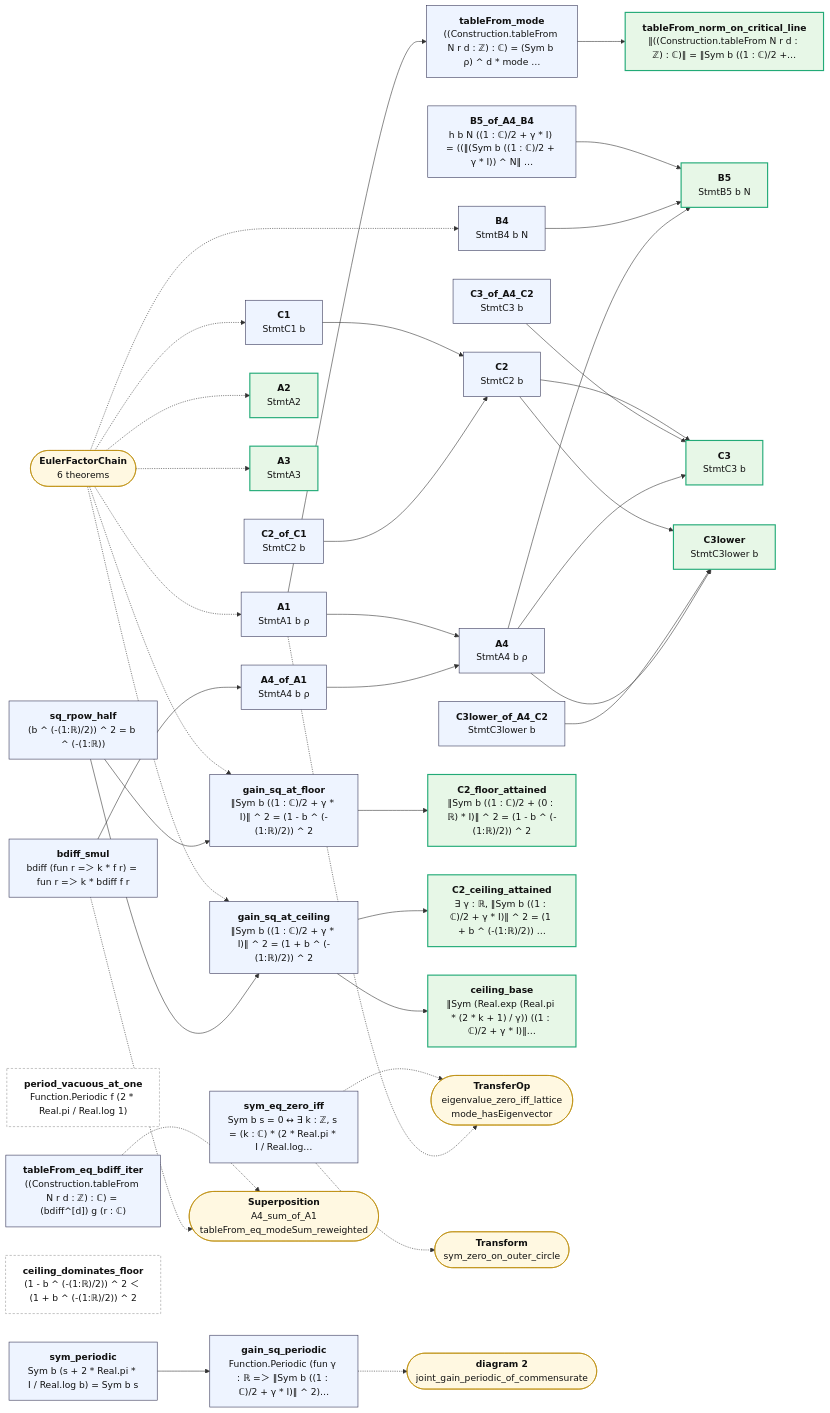
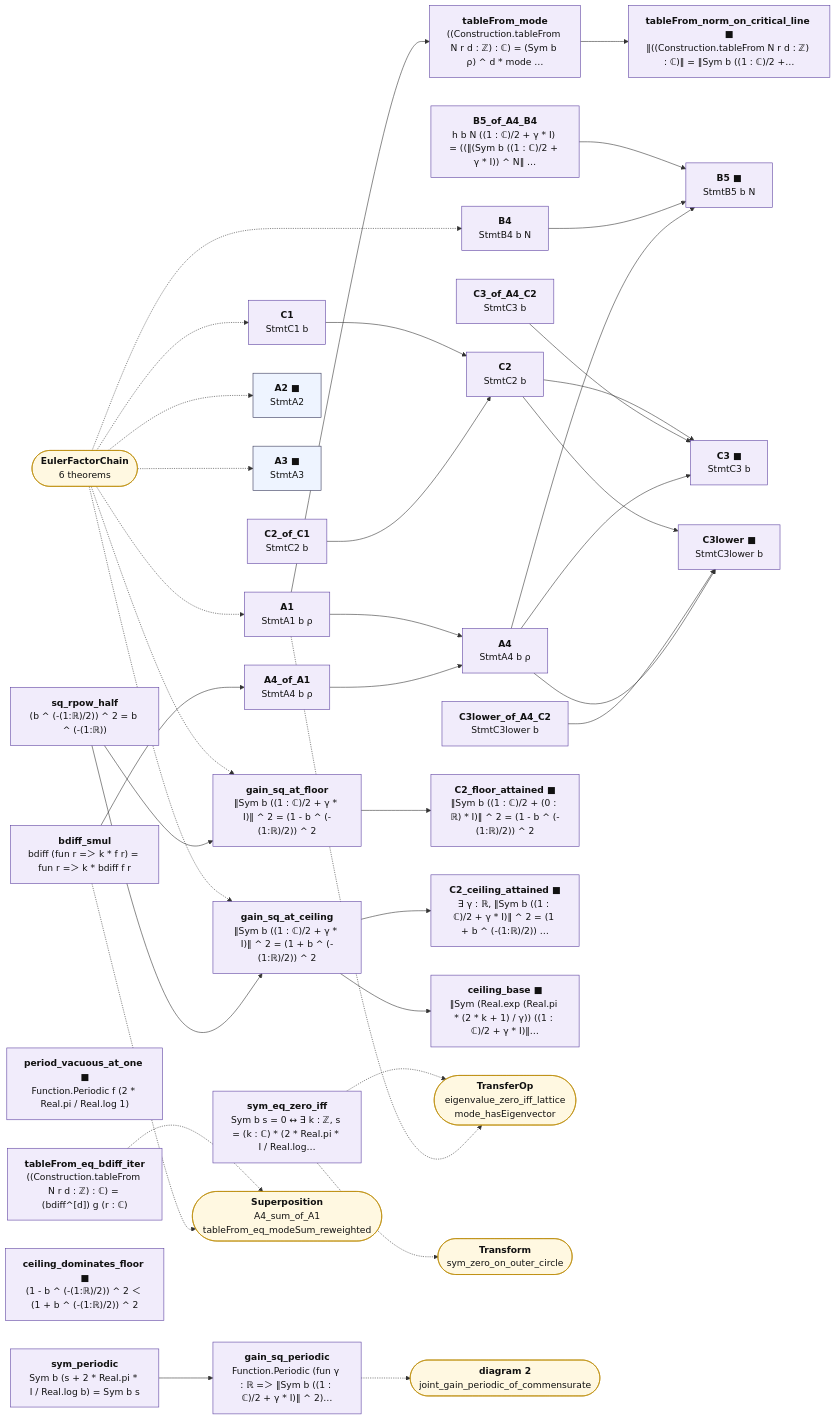
The first of 2 diagrams in map/lean/Chain.md (juliansambranojr/Primebeat_081426), drawn with Mermaid before and after one commit. The commit also changed other lines of this file and 398 other files, not shown here.

First line of the commit message:
map: the table first. Three layers from Lean's record of each proof and everything beneath it: counting (integers only), shape (analysis, no zeta), reads zeta; map/TABLE.md lists every counting theorem; the Riemann hypothesis is drawn as one reading at the edge

````diff
--- a/map/lean/Chain.md
+++ b/map/lean/Chain.md
@@ -14,78 +14,81 @@
 ```mermaid
 flowchart LR
-  n0["<b>bdiff_smul</b><br/>bdiff (fun r =＞ k * f r) = fun r =＞ k * bdiff f r"]:::thm
-  n1["<b>A4_of_A1</b><br/>StmtA4 b ρ"]:::thm
-  n2["<b>B5_of_A4_B4</b><br/>h b N ((1 : ℂ)/2 + γ * I) = ((‖(Sym b ((1 : ℂ)/2 + γ * I)) ^ N‖ …"]:::thm
-  n3["<b>C2_of_C1</b><br/>StmtC2 b"]:::thm
-  n4["<b>C3_of_A4_C2</b><br/>StmtC3 b"]:::thm
-  n5["<b>C3lower_of_A4_C2</b><br/>StmtC3lower b"]:::thm
-  n6["<b>A2</b><br/>StmtA2"]:::end_
-  n7["<b>A3</b><br/>StmtA3"]:::end_
-  n8["<b>C1</b><br/>StmtC1 b"]:::thm
-  n9["<b>C2</b><br/>StmtC2 b"]:::thm
-  n10["<b>A1</b><br/>StmtA1 b ρ"]:::thm
-  n11["<b>A4</b><br/>StmtA4 b ρ"]:::thm
-  n12["<b>B4</b><br/>StmtB4 b N"]:::thm
-  n13["<b>B5</b><br/>StmtB5 b N"]:::end_
-  n14["<b>C3</b><br/>StmtC3 b"]:::end_
-  n15["<b>C3lower</b><br/>StmtC3lower b"]:::end_
-  n16["<b>tableFrom_eq_bdiff_iter</b><br/>((Construction.tableFrom N r d : ℤ) : ℂ) = (bdiff^[d]) g (r : ℂ)"]:::thm
-  n17["<b>tableFrom_mode</b><br/>((Construction.tableFrom N r d : ℤ) : ℂ) = (Sym b ρ) ^ d * mode …"]:::thm
-  n18["<b>tableFrom_norm_on_critical_line</b><br/>‖((Construction.tableFrom N r d : ℤ) : ℂ)‖ = ‖Sym b ((1 : ℂ)/2 +…"]:::end_
-  n19["<b>sym_eq_zero_iff</b><br/>Sym b s = 0 ↔ ∃ k : ℤ, s = (k : ℂ) * (2 * Real.pi * I / Real.log…"]:::thm
-  n20["<b>sym_periodic</b><br/>Sym b (s + 2 * Real.pi * I / Real.log b) = Sym b s"]:::thm
-  n21["<b>gain_sq_periodic</b><br/>Function.Periodic (fun γ : ℝ =＞ ‖Sym b ((1 : ℂ)/2 + γ * I)‖ ^ 2)…"]:::thm
-  n22["<b>period_vacuous_at_one</b><br/>Function.Periodic f (2 * Real.pi / Real.log 1)"]:::lone
-  n23["<b>sq_rpow_half</b><br/>(b ^ (-(1:ℝ)/2)) ^ 2 = b ^ (-(1:ℝ))"]:::thm
-  n24["<b>gain_sq_at_floor</b><br/>‖Sym b ((1 : ℂ)/2 + γ * I)‖ ^ 2 = (1 - b ^ (-(1:ℝ)/2)) ^ 2"]:::thm
-  n25["<b>gain_sq_at_ceiling</b><br/>‖Sym b ((1 : ℂ)/2 + γ * I)‖ ^ 2 = (1 + b ^ (-(1:ℝ)/2)) ^ 2"]:::thm
-  n26["<b>C2_floor_attained</b><br/>‖Sym b ((1 : ℂ)/2 + (0 : ℝ) * I)‖ ^ 2 = (1 - b ^ (-(1:ℝ)/2)) ^ 2"]:::end_
-  n27["<b>C2_ceiling_attained</b><br/>∃ γ : ℝ, ‖Sym b ((1 : ℂ)/2 + γ * I)‖ ^ 2 = (1 + b ^ (-(1:ℝ)/2)) …"]:::end_
-  n28["<b>ceiling_base</b><br/>‖Sym (Real.exp (Real.pi * (2 * k + 1) / γ)) ((1 : ℂ)/2 + γ * I)‖…"]:::end_
-  n29["<b>ceiling_dominates_floor</b><br/>(1 - b ^ (-(1:ℝ)/2)) ^ 2 ＜ (1 + b ^ (-(1:ℝ)/2)) ^ 2"]:::lone
+  n0["<b>bdiff_smul</b><br/>bdiff (fun r =＞ k * f r) = fun r =＞ k * bdiff f r"]:::shp
+  n1["<b>A4_of_A1</b><br/>StmtA4 b ρ"]:::shp
+  n2["<b>B5_of_A4_B4</b><br/>h b N ((1 : ℂ)/2 + γ * I) = ((‖(Sym b ((1 : ℂ)/2 + γ * I)) ^ N‖ …"]:::shp
+  n3["<b>C2_of_C1</b><br/>StmtC2 b"]:::shp
+  n4["<b>C3_of_A4_C2</b><br/>StmtC3 b"]:::shp
+  n5["<b>C3lower_of_A4_C2</b><br/>StmtC3lower b"]:::shp
+  n6["<b>A2 ■</b><br/>StmtA2"]:::thm
+  n7["<b>A3 ■</b><br/>StmtA3"]:::thm
+  n8["<b>C1</b><br/>StmtC1 b"]:::shp
+  n9["<b>C2</b><br/>StmtC2 b"]:::shp
+  n10["<b>A1</b><br/>StmtA1 b ρ"]:::shp
+  n11["<b>A4</b><br/>StmtA4 b ρ"]:::shp
+  n12["<b>B4</b><br/>StmtB4 b N"]:::shp
+  n13["<b>B5 ■</b><br/>StmtB5 b N"]:::shp
+  n14["<b>C3 ■</b><br/>StmtC3 b"]:::shp
+  n15["<b>C3lower ■</b><br/>StmtC3lower b"]:::shp
+  n16["<b>tableFrom_eq_bdiff_iter</b><br/>((Construction.tableFrom N r d : ℤ) : ℂ) = (bdiff^[d]) g (r : ℂ)"]:::shp
+  n17["<b>tableFrom_mode</b><br/>((Construction.tableFrom N r d : ℤ) : ℂ) = (Sym b ρ) ^ d * mode …"]:::shp
+  n18["<b>tableFrom_norm_on_critical_line ■</b><br/>‖((Construction.tableFrom N r d : ℤ) : ℂ)‖ = ‖Sym b ((1 : ℂ)/2 +…"]:::shp
+  n19["<b>sym_eq_zero_iff</b><br/>Sym b s = 0 ↔ ∃ k : ℤ, s = (k : ℂ) * (2 * Real.pi * I / Real.log…"]:::shp
+  n20["<b>sym_periodic</b><br/>Sym b (s + 2 * Real.pi * I / Real.log b) = Sym b s"]:::shp
+  n21["<b>gain_sq_periodic</b><br/>Function.Periodic (fun γ : ℝ =＞ ‖Sym b ((1 : ℂ)/2 + γ * I)‖ ^ 2)…"]:::shp
+  n22["<b>period_vacuous_at_one ■</b><br/>Function.Periodic f (2 * Real.pi / Real.log 1)"]:::shp
+  n23["<b>sq_rpow_half</b><br/>(b ^ (-(1:ℝ)/2)) ^ 2 = b ^ (-(1:ℝ))"]:::shp
+  n24["<b>gain_sq_at_floor</b><br/>‖Sym b ((1 : ℂ)/2 + γ * I)‖ ^ 2 = (1 - b ^ (-(1:ℝ)/2)) ^ 2"]:::shp
+  n25["<b>gain_sq_at_ceiling</b><br/>‖Sym b ((1 : ℂ)/2 + γ * I)‖ ^ 2 = (1 + b ^ (-(1:ℝ)/2)) ^ 2"]:::shp
+  n26["<b>C2_floor_attained ■</b><br/>‖Sym b ((1 : ℂ)/2 + (0 : ℝ) * I)‖ ^ 2 = (1 - b ^ (-(1:ℝ)/2)) ^ 2"]:::shp
+  n27["<b>C2_ceiling_attained ■</b><br/>∃ γ : ℝ, ‖Sym b ((1 : ℂ)/2 + γ * I)‖ ^ 2 = (1 + b ^ (-(1:ℝ)/2)) …"]:::shp
+  n28["<b>ceiling_base ■</b><br/>‖Sym (Real.exp (Real.pi * (2 * k + 1) / γ)) ((1 : ℂ)/2 + γ * I)‖…"]:::shp
+  n29["<b>ceiling_dominates_floor ■</b><br/>(1 - b ^ (-(1:ℝ)/2)) ^ 2 ＜ (1 + b ^ (-(1:ℝ)/2)) ^ 2"]:::shp
   x0(["<b>Superposition</b><br/>A4_sum_of_A1<br/>tableFrom_eq_modeSum_reweighted"]):::ext
   x1(["<b>EulerFactorChain</b><br/>6 theorems"]):::ext
   x2(["<b>TransferOp</b><br/>eigenvalue_zero_iff_lattice<br/>mode_hasEigenvector"]):::ext
   x3(["<b>Transform</b><br/>sym_zero_on_outer_circle"]):::ext
   x4(["<b>diagram 2</b><br/>joint_gain_periodic_of_commensurate"]):::ext
   n0 --> n1
   n1 --> n11
   n10 --> n11
   n10 --> n17
   n11 --> n13
   n11 --> n14
   n11 --> n15
   n12 --> n13
   n17 --> n18
   n2 --> n13
   n20 --> n21
   n23 --> n24
   n23 --> n25
   n24 --> n26
   n25 --> n27
   n25 --> n28
   n3 --> n9
   n4 --> n14
   n5 --> n15
   n8 --> n9
   n9 --> n14
   n9 --> n15
   n0 -.-> x0
   n10 -.-> x2
   n16 -.-> x0
   n19 -.-> x2
   n19 -.-> x3
   n21 -.-> x4
   x1 -.-> n10
   x1 -.-> n12
   x1 -.-> n24
   x1 -.-> n25
   x1 -.-> n6
   x1 -.-> n7
   x1 -.-> n8
+  classDef cnt fill:#dff5ec,stroke:#17694a,color:#111
+  classDef shp fill:#f1ecfb,stroke:#5b3fa0,color:#111
+  classDef rh fill:#ffe5e5,stroke:#c22,color:#111,stroke-width:2px
   classDef thm fill:#eef4ff,stroke:#335,color:#111
   classDef end_ fill:#e7f7e7,stroke:#2a7,color:#111,stroke-width:2px
   classDef lone fill:#fff,stroke:#999,color:#111,stroke-dasharray:4 3
   classDef bad fill:#ffe5e5,stroke:#c22,color:#111,stroke-width:2px
   classDef ext fill:#fff8e1,stroke:#b80,color:#111
 ```
````
